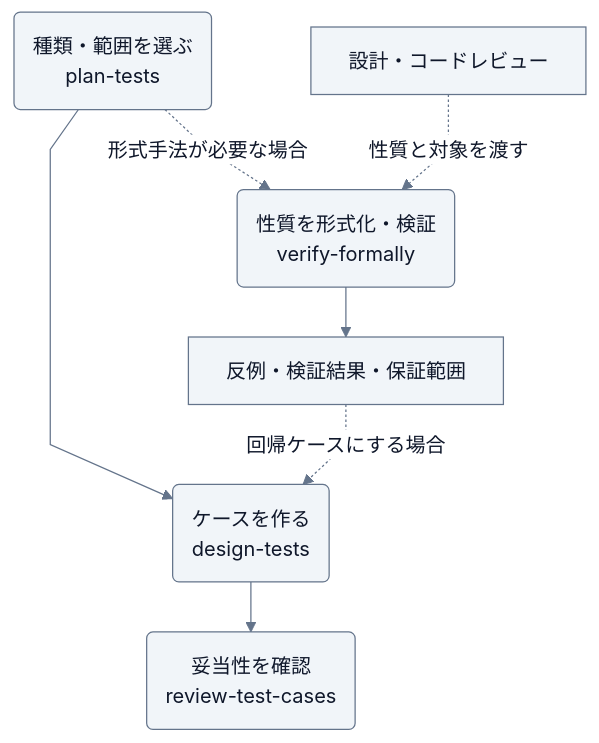
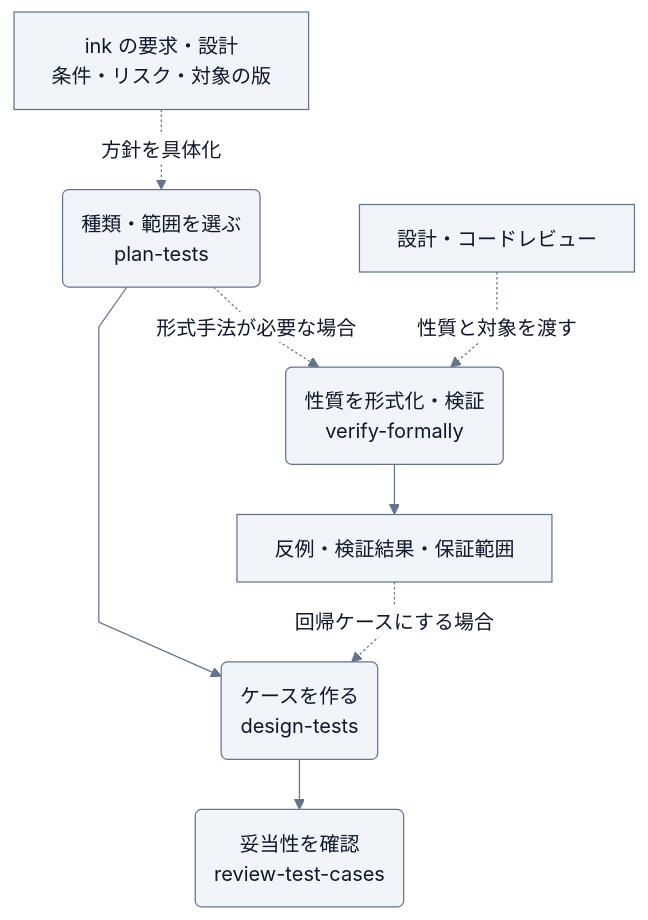
The diagram in plugins/probe/README.md (Wataru-Toriumi/agent-skills), drawn with Mermaid before and after one commit. The commit also changed other lines of this file and 4 other files, not shown here.

````diff
--- a/plugins/probe/README.md
+++ b/plugins/probe/README.md
@@ -19,29 +19,30 @@
 ```mermaid
 ---
 config:
   theme: base
   look: classic
   fontFamily: sans-serif
   themeVariables:
     primaryColor: "#F1F5F9"
     primaryTextColor: "#0F172A"
     primaryBorderColor: "#64748B"
     lineColor: "#64748B"
     tertiaryColor: "#F8FAFC"
     clusterBkg: "#F8FAFC"
     clusterBorder: "#CBD5E1"
     edgeLabelBackground: "#FFFFFF"
   flowchart:
     wrappingWidth: 300
     curve: linear
     nodeSpacing: 32
     rankSpacing: 40
 ---
 flowchart TD
+    requirements["ink の要求・設計<br/>条件・リスク・対象の版"] -. 方針を具体化 .-> plan
     plan("種類・範囲を選ぶ<br/>plan-tests") --> design("ケースを作る<br/>design-tests")
     design --> review("妥当性を確認<br/>review-test-cases")
     plan -. 形式手法が必要な場合 .-> formal("性質を形式化・検証<br/>verify-formally")
     source["設計・コードレビュー"] -. 性質と対象を渡す .-> formal
     formal --> evidence["反例・検証結果・保証範囲"]
     evidence -. 回帰ケースにする場合 .-> design
 ```
````
